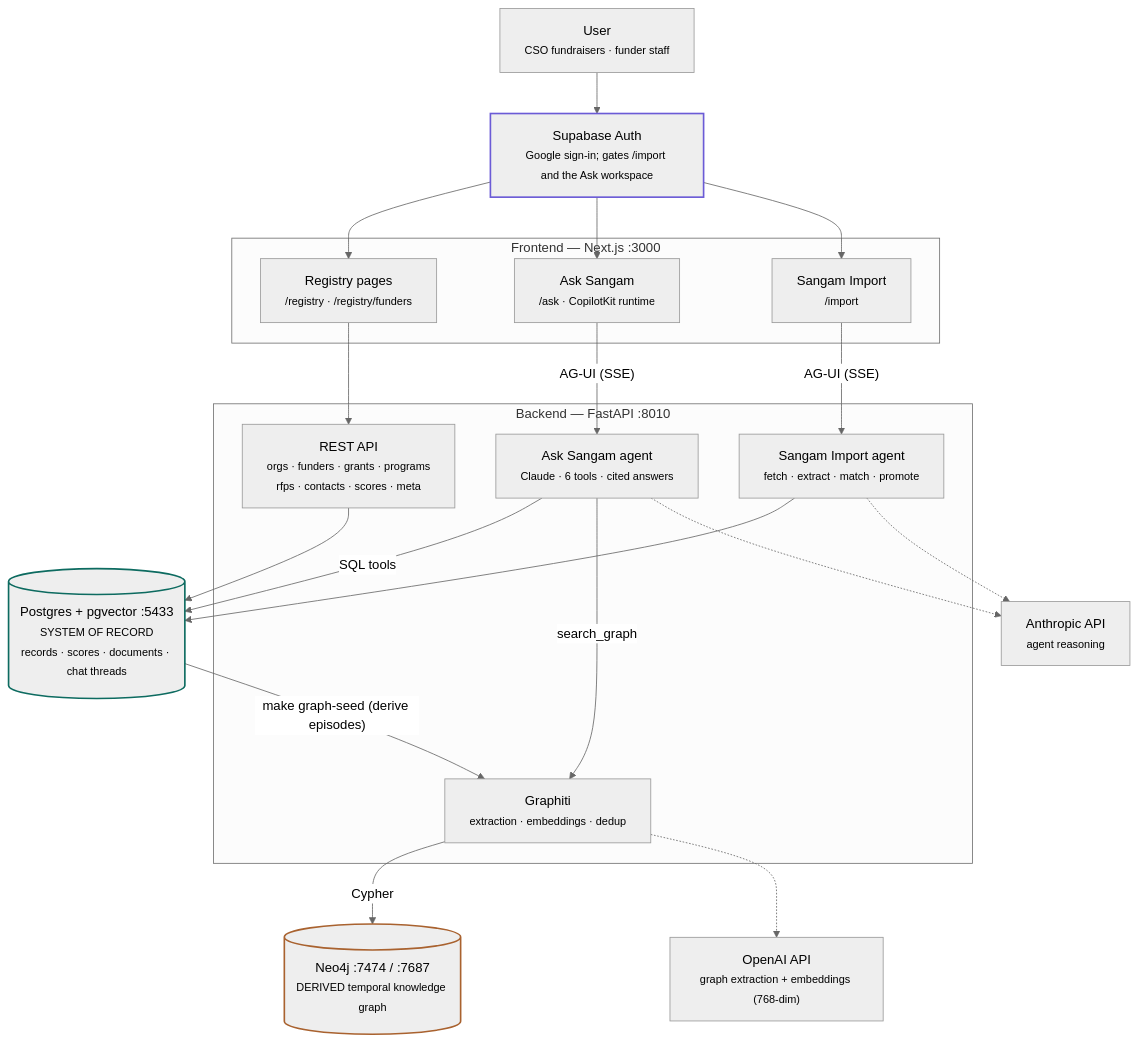
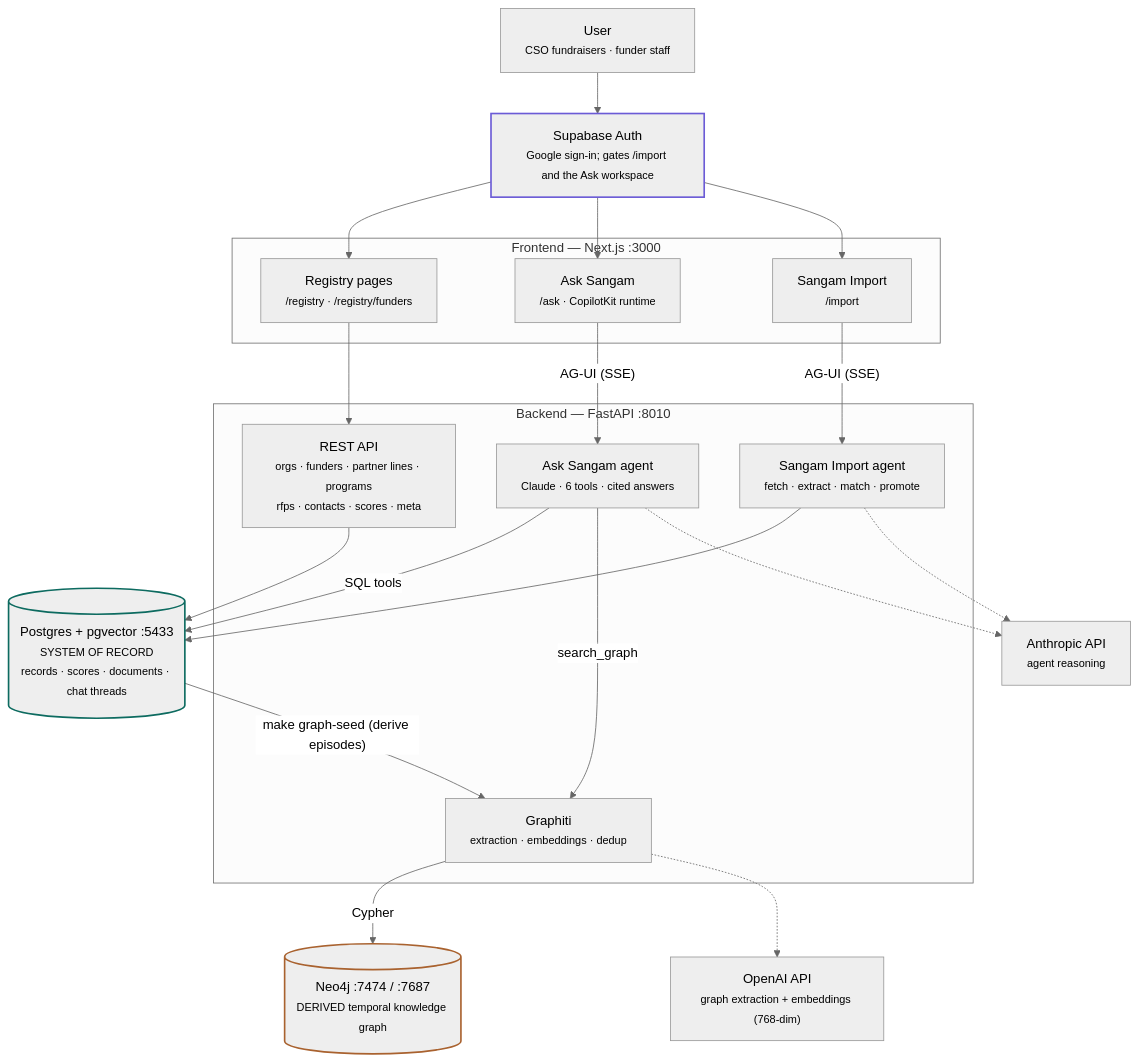
One commit to project-tech4dev/sangam changed the diagram in README.md. Above: the diagram before and after it, drawn with Mermaid (neutral theme). The commit also changed other lines of this file and 8 other files, not shown here.

````diff
--- a/README.md
+++ b/README.md
@@ -25,43 +25,43 @@
 ```mermaid
 flowchart TD
   U["User<br/><small>CSO fundraisers · funder staff</small>"]
   AUTH["Supabase Auth<br/><small>Google sign-in; gates /import and the Ask workspace</small>"]
 
   subgraph FE["Frontend — Next.js :3000"]
     PAGES["Registry pages<br/><small>/registry · /registry/funders</small>"]
     CHAT["Ask Sangam<br/><small>/ask · CopilotKit runtime</small>"]
     IMPORT["Sangam Import<br/><small>/import</small>"]
   end
 
   subgraph BE["Backend — FastAPI :8010"]
-    REST["REST API<br/><small>orgs · funders · grants · programs<br/>rfps · contacts · scores · meta</small>"]
+    REST["REST API<br/><small>orgs · funders · partner lines · programs<br/>rfps · contacts · scores · meta</small>"]
     AGENT["Ask Sangam agent<br/><small>Claude · 6 tools · cited answers</small>"]
     INGEST["Sangam Import agent<br/><small>fetch · extract · match · promote</small>"]
     GRT["Graphiti<br/><small>extraction · embeddings · dedup</small>"]
   end
 
   PG[("Postgres + pgvector :5433<br/><small>SYSTEM OF RECORD<br/>records · scores · documents · chat threads</small>")]
   NEO[("Neo4j :7474 / :7687<br/><small>DERIVED temporal knowledge graph</small>")]
 
   ANT["Anthropic API<br/><small>agent reasoning</small>"]
   OAI["OpenAI API<br/><small>graph extraction + embeddings (768-dim)</small>"]
 
   U --> AUTH
   AUTH --> PAGES & CHAT & IMPORT
   PAGES --> REST
   CHAT -- "AG-UI (SSE)" --> AGENT
   IMPORT -- "AG-UI (SSE)" --> INGEST
   REST --> PG
   AGENT -- "SQL tools" --> PG
   INGEST --> PG
   AGENT -- "search_graph" --> GRT
   GRT -- Cypher --> NEO
   PG -- "make graph-seed (derive episodes)" --> GRT
   AGENT -.-> ANT
   INGEST -.-> ANT
   GRT -.-> OAI
 
   style PG stroke:#0d6b60,stroke-width:2px
   style NEO stroke:#a9622f,stroke-width:2px
   style AUTH stroke:#6b5bd6,stroke-width:2px
 ```
````
